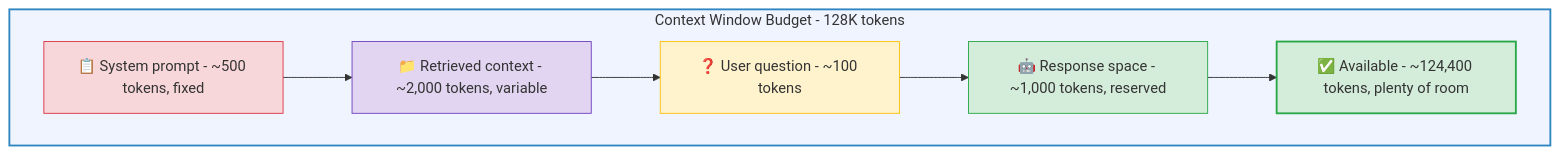
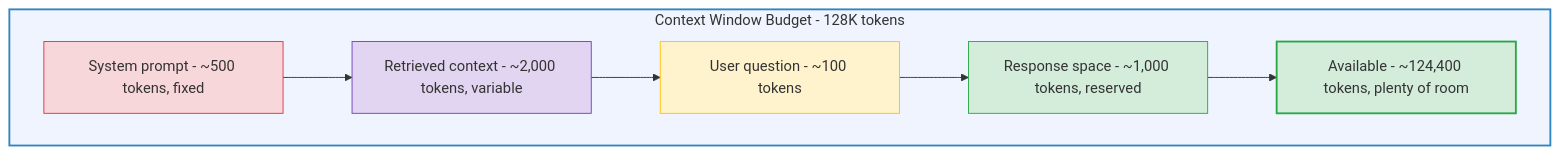
Before and after one commit to ithinktavo/GenAI-Engineering-Handbook: the ninth of 10 diagrams in docs/04-rag-deep-dive.md, drawn with Mermaid. The commit also changed other lines of this file and 10 other files, not shown here.

Commit message:
Diagram updates

````diff
--- a/docs/04-rag-deep-dive.md
+++ b/docs/04-rag-deep-dive.md
@@ -390,19 +390,19 @@
 ```mermaid
 graph TD
     subgraph BUDGET["Context Window Budget - 128K tokens"]
-        A["📋 System prompt - ~500 tokens, fixed"]
-        B["📁 Retrieved context - ~2,000 tokens, variable"]
-        C["❓ User question - ~100 tokens"]
-        D["🤖 Response space - ~1,000 tokens, reserved"]
-        E["✅ Available - ~124,400 tokens, plenty of room"]
+        A["System prompt - ~500 tokens, fixed"]
+        B["Retrieved context - ~2,000 tokens, variable"]
+        C["User question - ~100 tokens"]
+        D["Response space - ~1,000 tokens, reserved"]
+        E["Available - ~124,400 tokens, plenty of room"]
 
         A --> B --> C --> D --> E
     end
 
     style BUDGET fill:#f0f4ff,stroke:#2E86C1,stroke-width:2px
     style A fill:#f8d7da,stroke:#dc3545
     style B fill:#e2d5f1,stroke:#6f42c1
     style C fill:#fff3cd,stroke:#ffc107
     style D fill:#d4edda,stroke:#28a745
     style E fill:#d4edda,stroke:#28a745,stroke-width:2px
 ```
````
